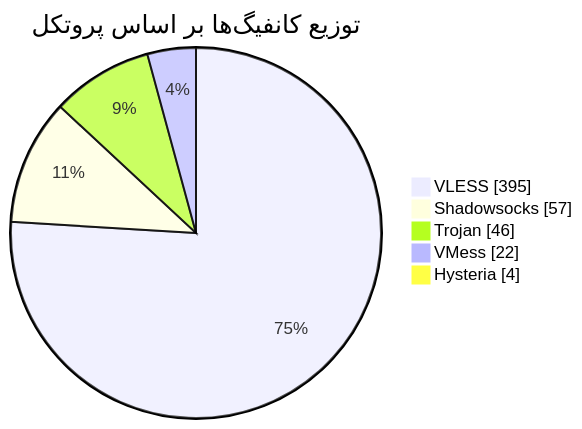
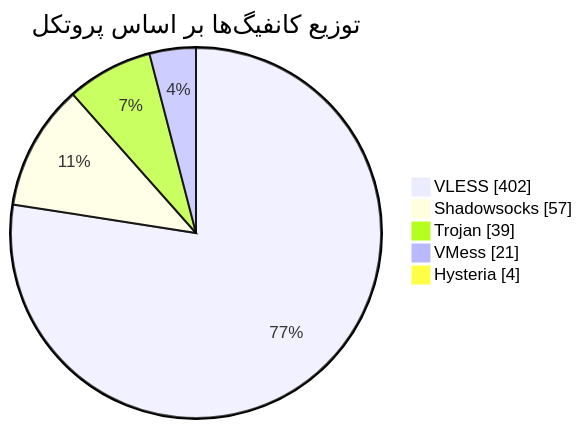
One commit to Arian-Alijani/Somthing changed the diagram in README.md. Above: the diagram before and after it, drawn with Mermaid. The commit also changed other lines of this file and 71 other files, not shown here.

````diff
--- a/README.md
+++ b/README.md
@@ -47,9 +47,9 @@
 ```mermaid
 pie showData
     title توزیع کانفیگ‌ها بر اساس پروتکل
-    "VLESS" : 395
+    "VLESS" : 402
     "Shadowsocks" : 57
-    "Trojan" : 46
-    "VMess" : 22
+    "Trojan" : 39
+    "VMess" : 21
     "Hysteria" : 4
 ```
````
